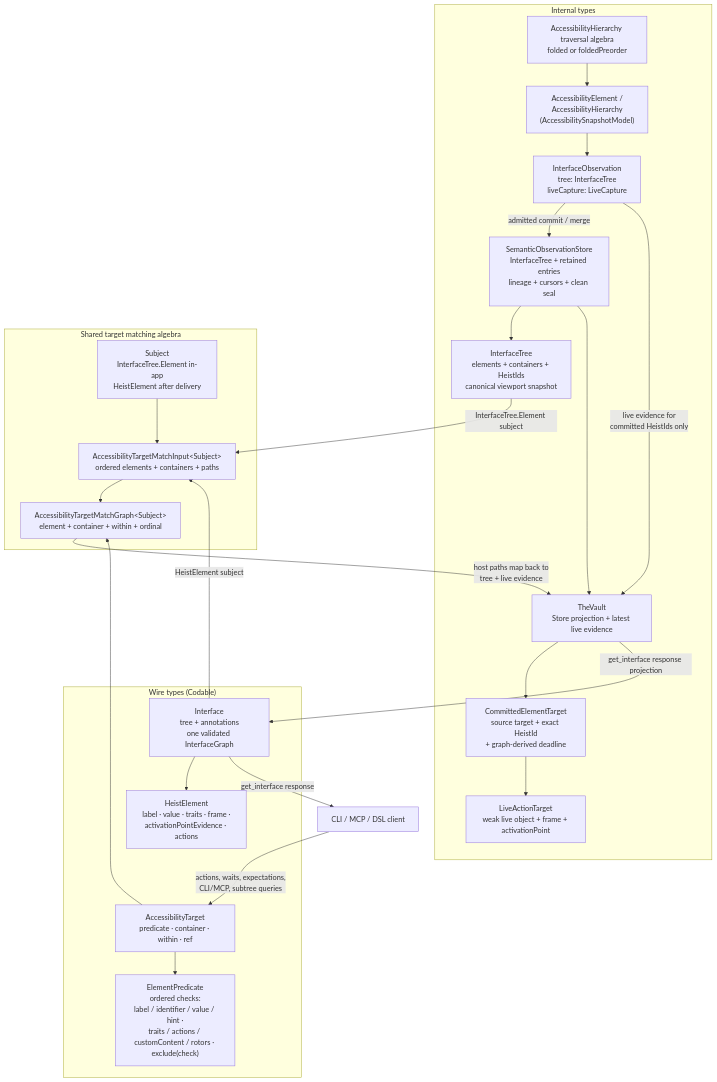
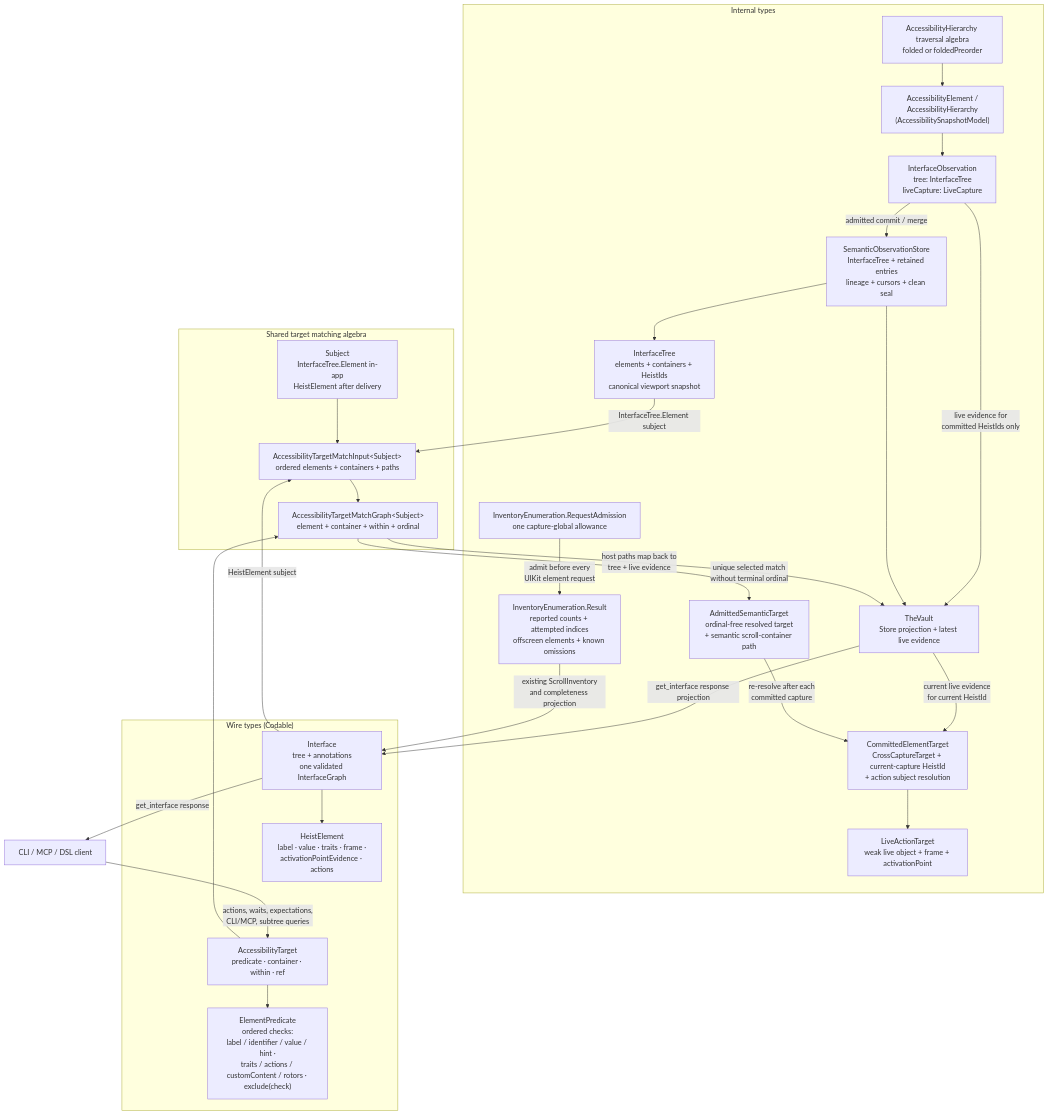
Before and after one commit to RoyalPineapple/TheButtonHeist: the diagram in docs/diagrams/currency-types.md, drawn with Mermaid. The commit also changed other lines of this file and 58 other files, not shown here.

First line of the commit message:
Complete the #1373 architecture audit follow-ups (#1375)

````diff
--- a/docs/diagrams/currency-types.md
+++ b/docs/diagrams/currency-types.md
@@ -8,49 +8,56 @@
 ```mermaid
 flowchart TD
     subgraph internal["Internal types"]
         WALK["AccessibilityHierarchy traversal algebra<br/>folded or foldedPreorder"]
         AXE["AccessibilityElement /<br/>AccessibilityHierarchy<br/>(AccessibilitySnapshotModel)"]
         OBS["InterfaceObservation<br/>tree: InterfaceTree<br/>liveCapture: LiveCapture"]
         TREE["InterfaceTree<br/>elements + containers + HeistIds<br/>canonical viewport snapshot"]
         STORE["SemanticObservationStore<br/>InterfaceTree + retained entries<br/>lineage + cursors + clean seal"]
         STASH["TheVault<br/>Store projection + latest live evidence"]
-        PIN["CommittedElementTarget<br/>source target + exact HeistId<br/>+ graph-derived deadline"]
+        ADMITTED["AdmittedSemanticTarget<br/>ordinal-free resolved target<br/>+ semantic scroll-container path"]
+        PIN["CommittedElementTarget<br/>CrossCaptureTarget + current-capture HeistId<br/>+ action subject resolution"]
         LIVET["LiveActionTarget<br/>weak live object + frame + activationPoint"]
+        REQUESTS["InventoryEnumeration.RequestAdmission<br/>one capture-global allowance"]
+        INVENTORY["InventoryEnumeration.Result<br/>reported counts + attempted indices<br/>offscreen elements + known omissions"]
         WALK --> AXE
         AXE --> OBS
         OBS -- "admitted commit / merge" --> STORE
         OBS -- "live evidence for<br/>committed HeistIds only" --> STASH
         STORE --> TREE
         STORE --> STASH
-        STASH --> PIN
+        STASH -- "current live evidence<br/>for current HeistId" --> PIN
+        ADMITTED -- "re-resolve after each<br/>committed capture" --> PIN
         PIN --> LIVET
+        REQUESTS -- "admit before every<br/>UIKit element request" --> INVENTORY
     end
 
     subgraph wireTypes["Wire types (Codable)"]
         IFACE["Interface<br/>tree + annotations<br/>one validated InterfaceGraph"]
         HE["HeistElement<br/>label · value · traits · frame ·<br/>activationPointEvidence · actions"]
         ET["AccessibilityTarget<br/>predicate · container · within · ref"]
         EP["ElementPredicate<br/>ordered checks:<br/>label / identifier / value / hint ·<br/>traits / actions / customContent / rotors · exclude(check)"]
         IFACE --> HE
         HE ~~~ ET
         ET --> EP
     end
 
     subgraph matching["Shared target matching algebra"]
         SUBJECT["Subject<br/>InterfaceTree.Element in-app<br/>HeistElement after delivery"]
         INPUT["AccessibilityTargetMatchInput&lt;Subject&gt;<br/>ordered elements + containers + paths"]
         MATCH["AccessibilityTargetMatchGraph&lt;Subject&gt;<br/>element + container + within + ordinal"]
         SUBJECT --> INPUT
         INPUT --> MATCH
     end
 
     CLIENT["CLI / MCP / DSL client"]
 
     STASH -- "get_interface response projection" --> IFACE
     IFACE -- "get_interface response" --> CLIENT
     CLIENT -- "actions, waits, expectations,<br/>CLI/MCP, subtree queries" --> ET
     IFACE -- "HeistElement subject" --> INPUT
     TREE -- "InterfaceTree.Element subject" --> INPUT
     ET --> MATCH
     MATCH -- "host paths map back to<br/>tree + live evidence" --> STASH
+    MATCH -- "unique selected match<br/>without terminal ordinal" --> ADMITTED
+    INVENTORY -- "existing ScrollInventory<br/>and completeness projection" --> IFACE
 ```
````
